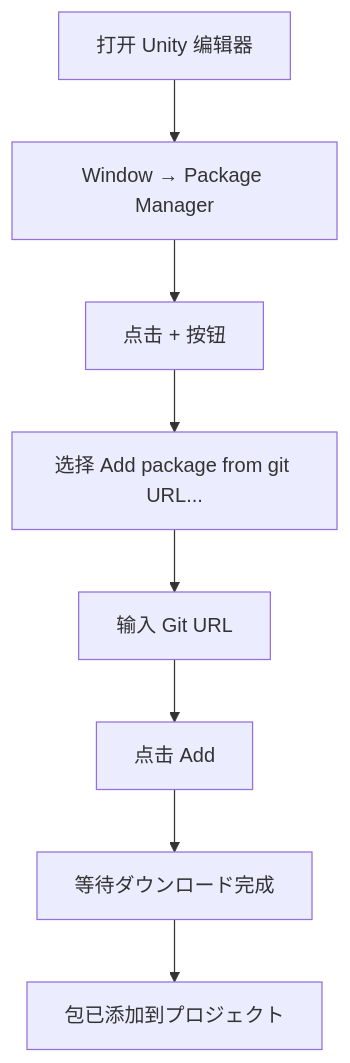
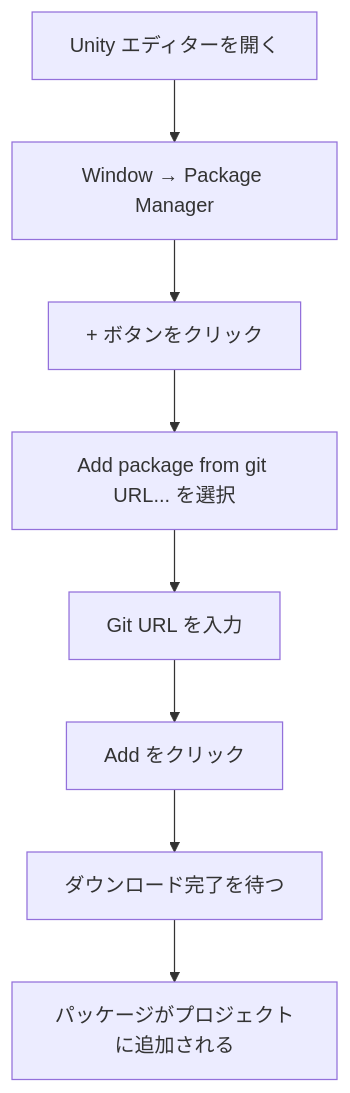
Before and after one commit to AlianBlank/GameFrameX.Docs: the first of 2 diagrams in docs/ja/client/unity/component/advertisement/02.installation.md, drawn with Mermaid. The commit also changed other lines of this file and 320 other files, not shown here.

````diff
--- a/docs/ja/client/unity/component/advertisement/02.installation.md
+++ b/docs/ja/client/unity/component/advertisement/02.installation.md
@@ -36,10 +36,10 @@
 ```mermaid
 flowchart TD
-    A[打开 Unity 编辑器] --> B[Window → Package Manager]
-    B --> C[点击 + 按钮]
-    C --> D[选择 Add package from git URL...]
-    D --> E[输入 Git URL]
-    E --> F[点击 Add]
-    F --> G[等待ダウンロード完成]
-    G --> H[包已添加到プロジェクト]
+    A[Unity エディターを開く] --> B[Window → Package Manager]
+    B --> C[+ ボタンをクリック]
+    C --> D[Add package from git URL... を選択]
+    D --> E[Git URL を入力]
+    E --> F[Add をクリック]
+    F --> G[ダウンロード完了を待つ]
+    G --> H[パッケージがプロジェクトに追加される]
 ```
````
